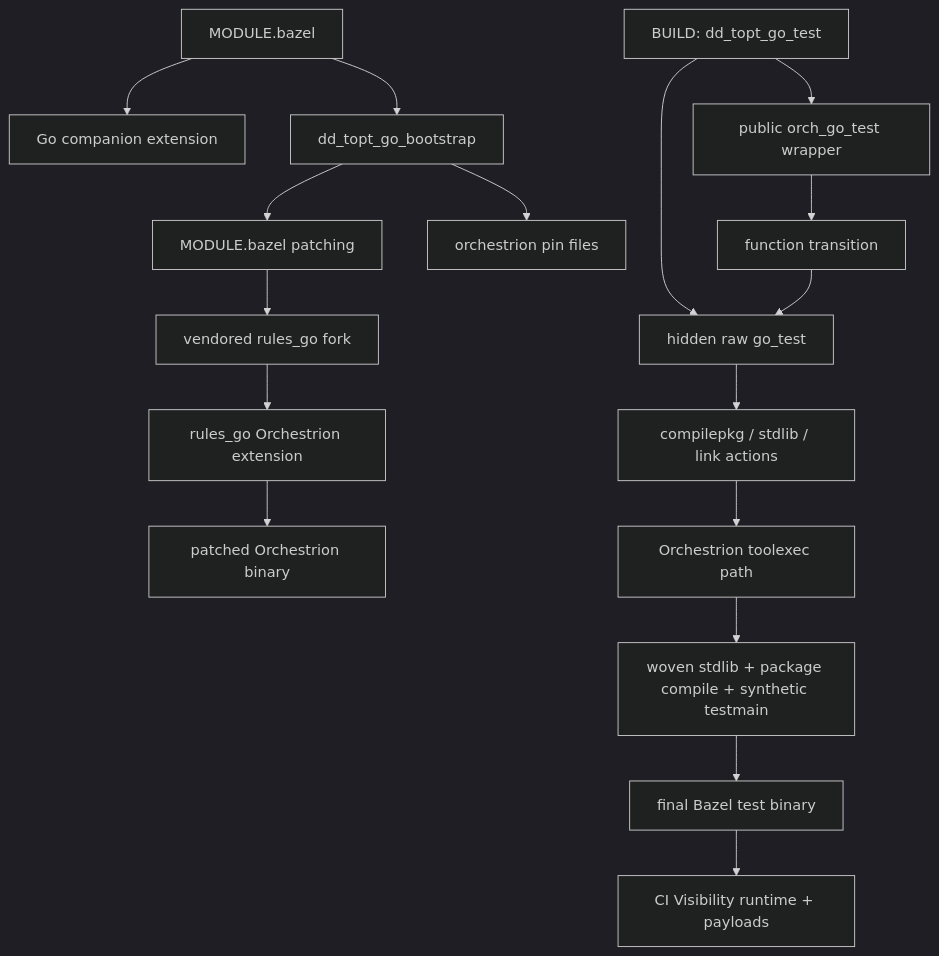
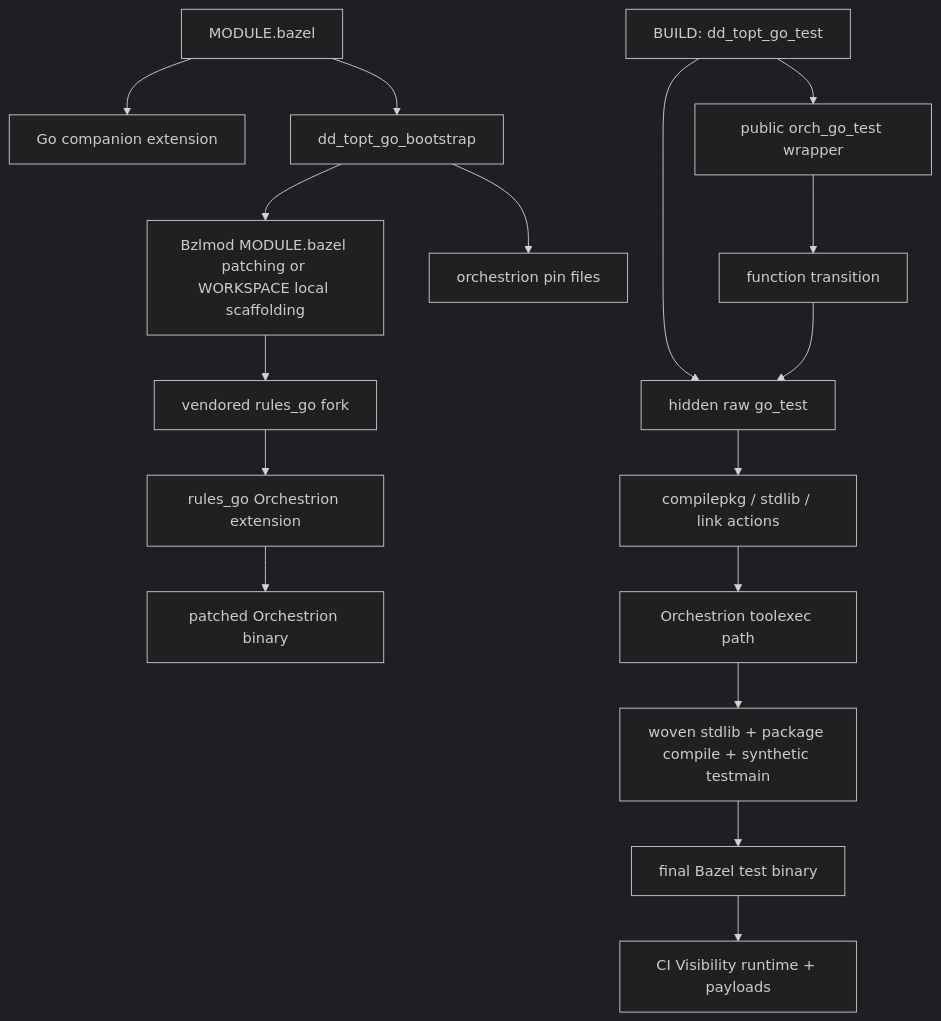
One commit to DataDog/rules_test_optimization changed the first of 3 diagrams in docs/go_orchestrion_bazel_deep_dive.md. Above: the diagram before and after it, drawn with Mermaid (dark theme). The commit also changed other lines of this file and 20 other files, not shown here.

````diff
--- a/docs/go_orchestrion_bazel_deep_dive.md
+++ b/docs/go_orchestrion_bazel_deep_dive.md
@@ -93,21 +93,21 @@
 ```mermaid
 flowchart TD
     A[MODULE.bazel] --> B[Go companion extension]
     A --> C[dd_topt_go_bootstrap]
-    C --> D[MODULE.bazel patching]
+    C --> D[Bzlmod MODULE.bazel patching or WORKSPACE local scaffolding]
     C --> E[orchestrion pin files]
     D --> F[vendored rules_go fork]
     F --> G[rules_go Orchestrion extension]
     G --> H[patched Orchestrion binary]
 
     I[BUILD: dd_topt_go_test] --> J[hidden raw go_test]
     I --> K[public orch_go_test wrapper]
     K --> L[function transition]
     L --> J
 
     J --> M[compilepkg / stdlib / link actions]
     M --> N[Orchestrion toolexec path]
     N --> O[woven stdlib + package compile + synthetic testmain]
     O --> P[final Bazel test binary]
     P --> Q[CI Visibility runtime + payloads]
 ```
````
